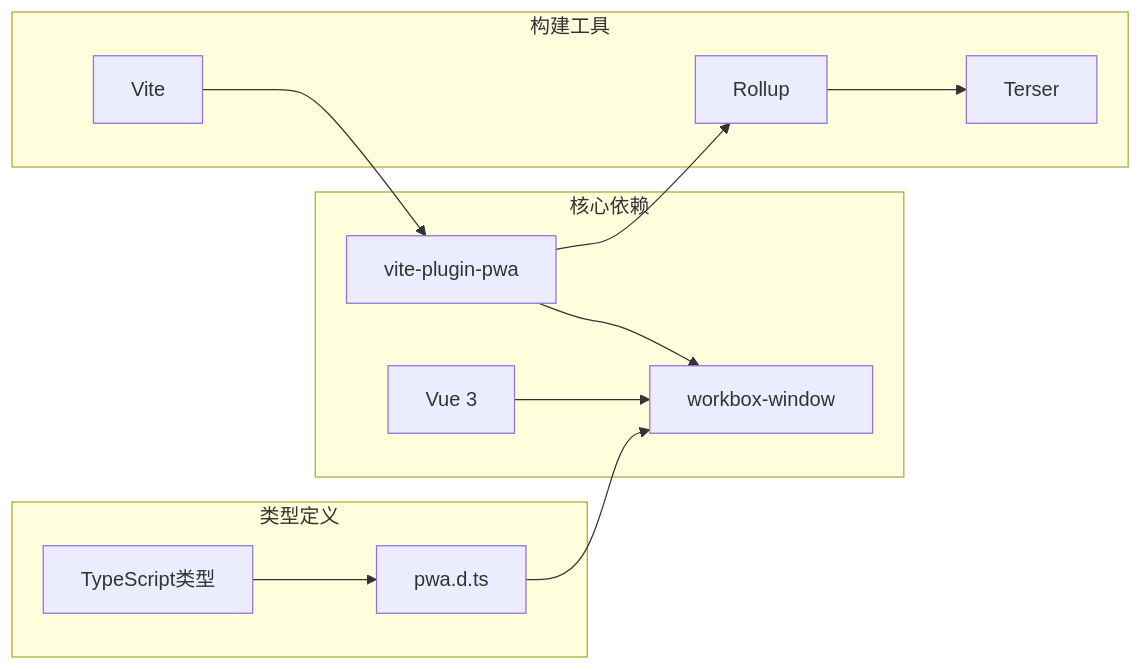
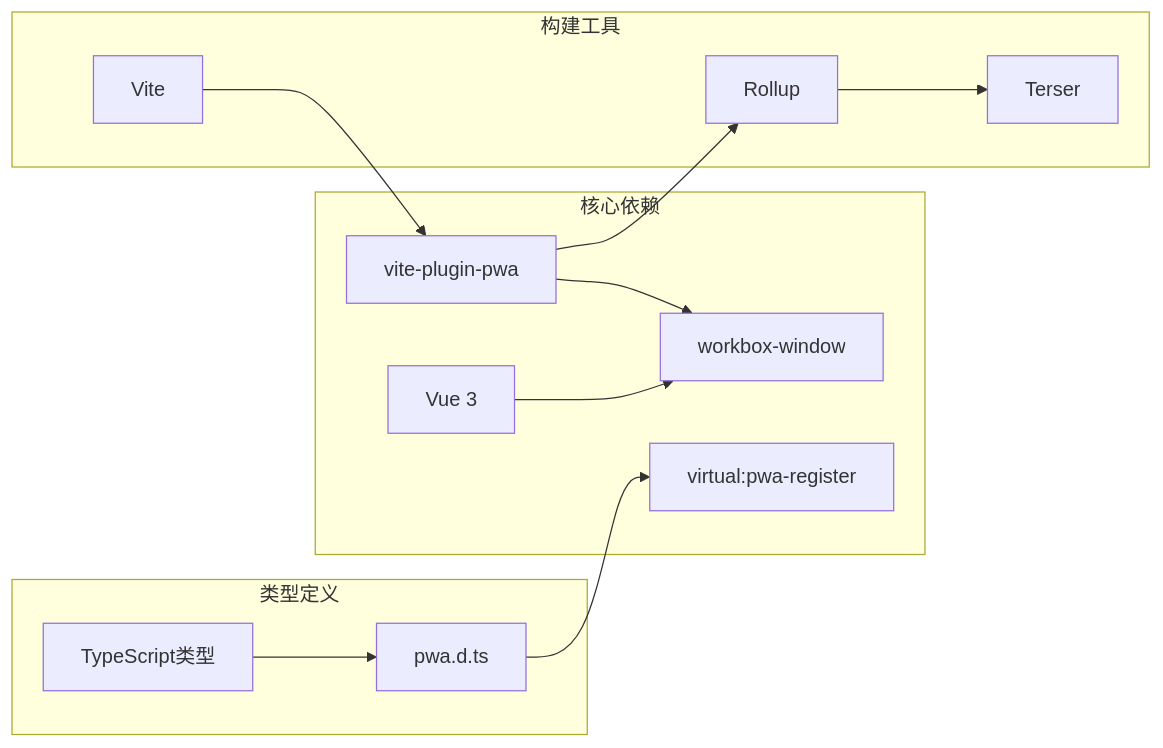
One commit to giserman001/vue3-vant4-mobile changed the sixth of 6 diagrams in .qoder/repowiki/zh/content/核心系统/PWA支持系统.md. Above: the diagram before and after it, drawn with Mermaid. The commit also changed other lines of this file and 10 other files, not shown here.

````diff
--- a/.qoder/repowiki/zh/content/核心系统/PWA支持系统.md
+++ b/.qoder/repowiki/zh/content/核心系统/PWA支持系统.md
@@ -250,24 +269,25 @@
 ```mermaid
 graph LR
 subgraph "核心依赖"
 VitePWA[vite-plugin-pwa]
 Workbox[workbox-window]
 Vue[Vue 3]
+PWARegister[virtual:pwa-register]
 end
 subgraph "构建工具"
 Vite[Vite]
 Rollup[Rollup]
 Terser[Terser]
 end
 subgraph "类型定义"
 PWA_DTS[pwa.d.ts]
 Types[TypeScript类型]
 end
 Vite --> VitePWA
 VitePWA --> Workbox
 Vue --> Workbox
 VitePWA --> Rollup
 Rollup --> Terser
-PWA_DTS --> Workbox
+PWA_DTS --> PWARegister
 Types --> PWA_DTS
 ```
````
